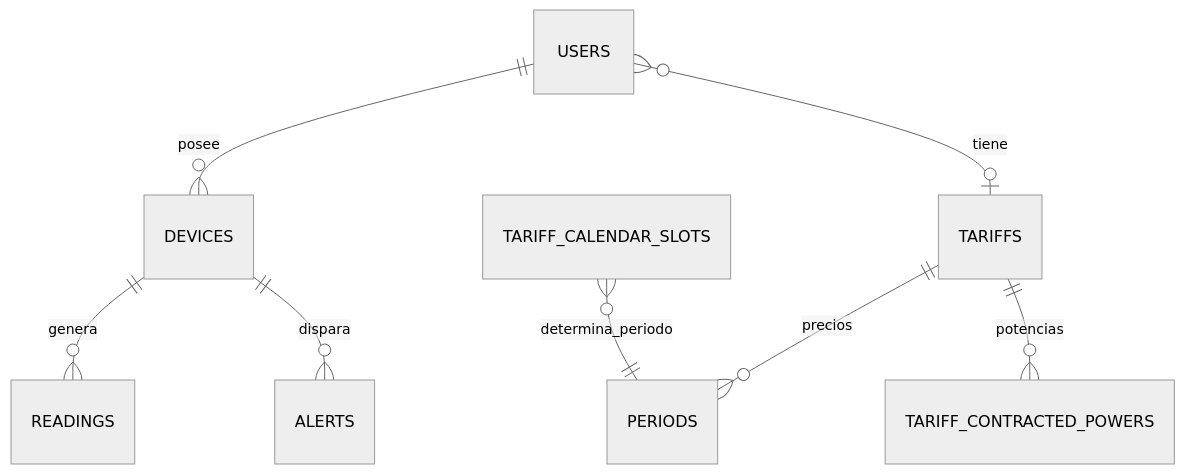
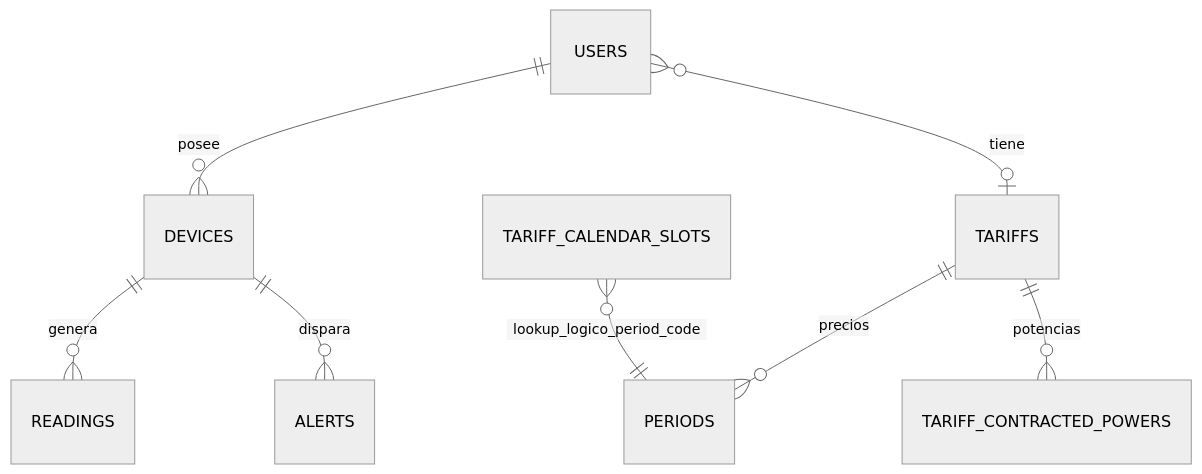
Before and after one commit to joellmar/wattpath-app: the sixth of 7 diagrams in docs-canvas/arquitectura-wattimizer.md, drawn with Mermaid (neutral theme). The commit also changed other lines of this file and 1 other file, not shown here.

````diff
--- a/docs-canvas/arquitectura-wattimizer.md
+++ b/docs-canvas/arquitectura-wattimizer.md
@@ -111,10 +111,10 @@
 ```mermaid
 erDiagram
     USERS ||--o{ DEVICES : posee
     DEVICES ||--o{ READINGS : genera
     DEVICES ||--o{ ALERTS : dispara
     USERS }o--o| TARIFFS : tiene
     TARIFFS ||--o{ PERIODS : precios
     TARIFFS ||--o{ TARIFF_CONTRACTED_POWERS : potencias
-    TARIFF_CALENDAR_SLOTS }o--|| PERIODS : determina_periodo
+    TARIFF_CALENDAR_SLOTS }o--|| PERIODS : lookup_logico_period_code
 ```
````
